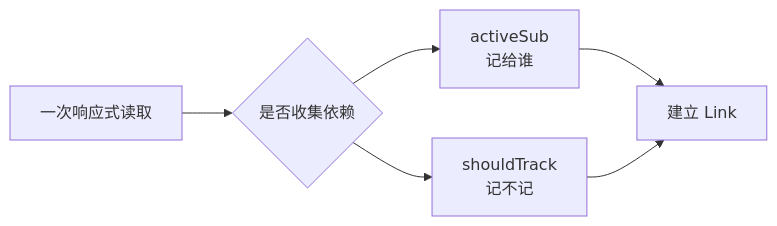
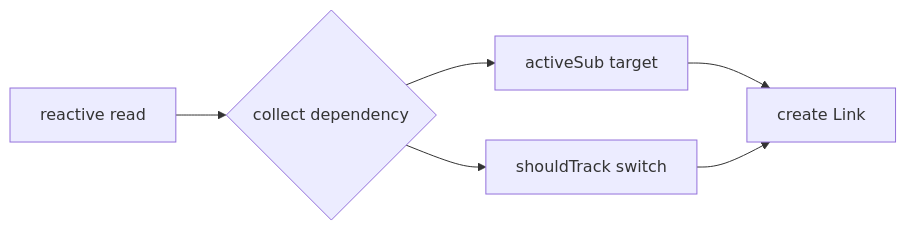
Before and after one commit to Tajigaqzh/front_basic: diagram 12 of 12 in docs/vue/source/reactivity/dep-link-explained.md, drawn with Mermaid. The commit also changed other lines of this file and 11 other files, not shown here.

````diff
--- a/docs/vue/source/reactivity/dep-link-explained.md
+++ b/docs/vue/source/reactivity/dep-link-explained.md
@@ -830,10 +830,10 @@
 ```mermaid
 flowchart LR
-    read[一次响应式读取] --> judge{是否收集依赖}
-    active[activeSub\n记给谁]
-    flag[shouldTrack\n记不记]
+    read["reactive read"] --> judge{"collect dependency"}
+    active["activeSub target"]
+    flag["shouldTrack switch"]
     judge --> active
     judge --> flag
-    active --> result[建立 Link]
+    active --> result["create Link"]
     flag --> result
 ```
````
